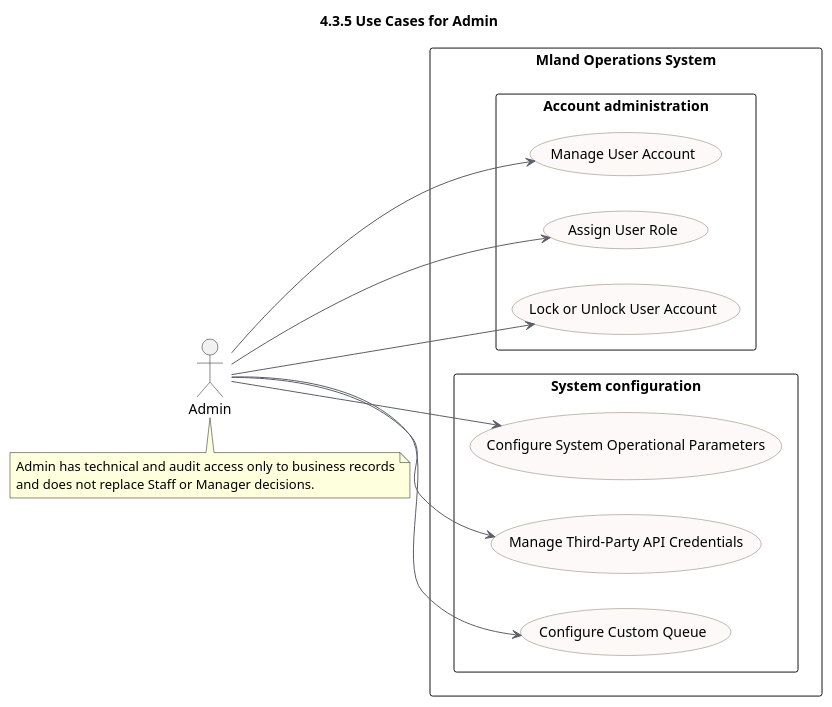
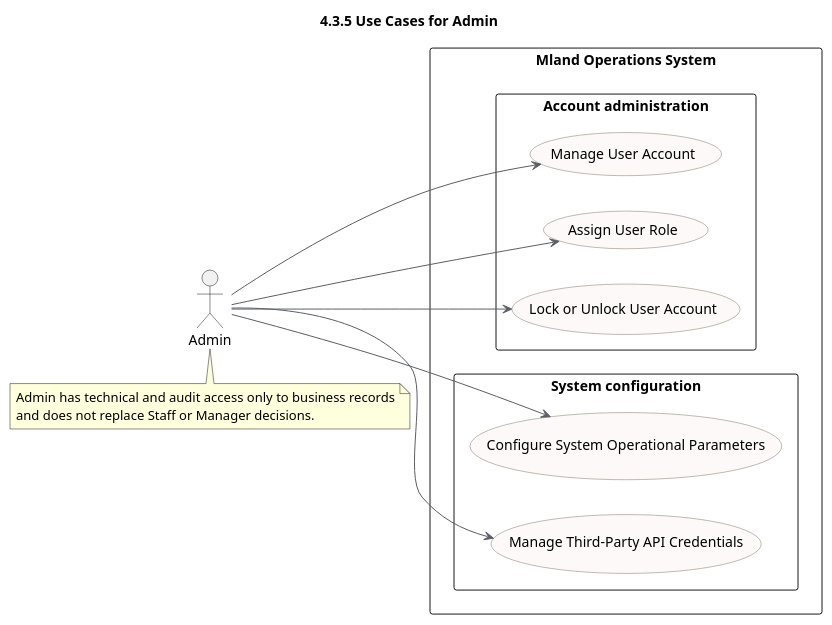
One commit to quoc-ca/mland-operations-hub changed the diagram in documents/docs/report-3-software-requirement-specification/assets/diagrams/use-cases/06-admin-technical-only.puml. Above: the diagram before and after it, drawn with PlantUML. The commit also changed 20 other files, not shown here.

```diff
--- a/documents/docs/report-3-software-requirement-specification/assets/diagrams/use-cases/06-admin-technical-only.puml
+++ b/documents/docs/report-3-software-requirement-specification/assets/diagrams/use-cases/06-admin-technical-only.puml
@@ -1,39 +1,37 @@
 @startuml
 !pragma charset UTF-8
 title 4.3.5 Use Cases for Admin
 left to right direction
 skinparam shadowing false
 skinparam packageStyle rectangle
 skinparam usecase {
   BackgroundColor #FCF9F8
   BorderColor #807663
   ArrowColor #5B5E67
 }
 
 actor Admin
 
 rectangle "Mland Operations System" {
   package "Account administration" {
     usecase "Manage User Account" as UC6
     usecase "Assign User Role" as UC7
     usecase "Lock or Unlock User Account" as UC8
   }
   package "System configuration" {
     usecase "Configure System Operational Parameters" as UC62
     usecase "Manage Third-Party API Credentials" as UC63
-    usecase "Configure Custom Queue" as UC68
   }
 }
 
 Admin --> UC6
 Admin --> UC7
 Admin --> UC8
 Admin --> UC62
 Admin --> UC63
-Admin --> UC68
 
 note bottom of Admin
 Admin has technical and audit access only to business records
 and does not replace Staff or Manager decisions.
 end note
 @enduml
```
